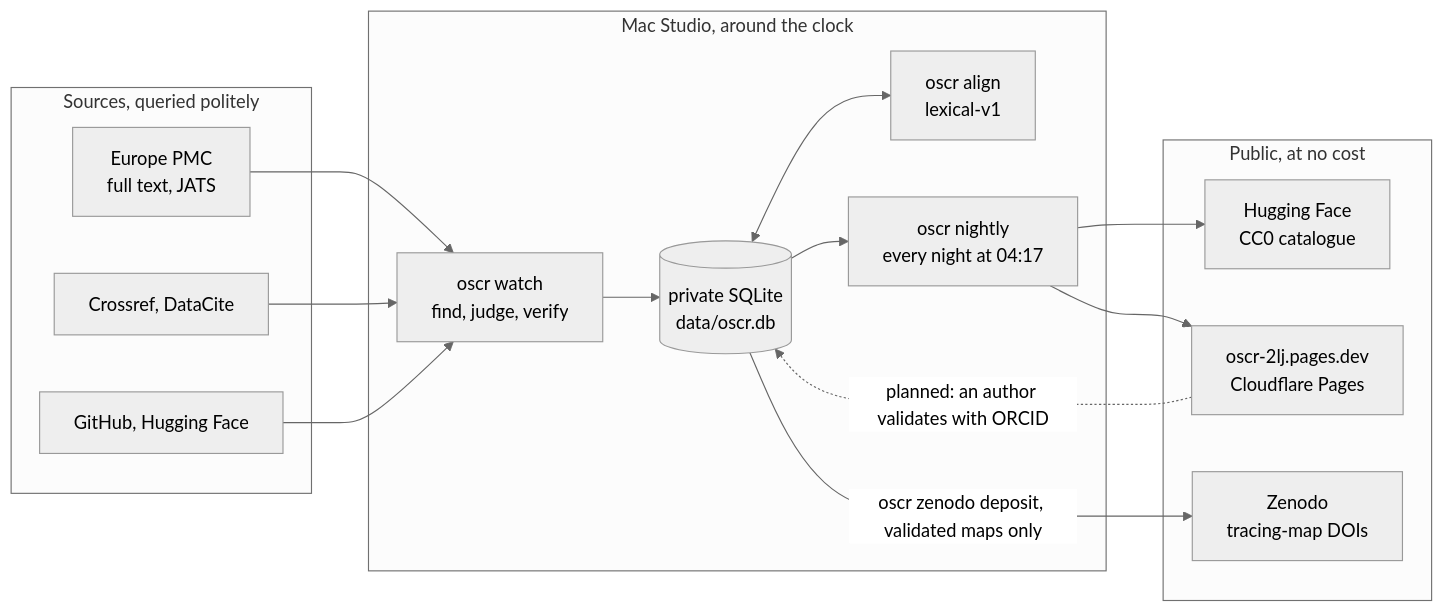
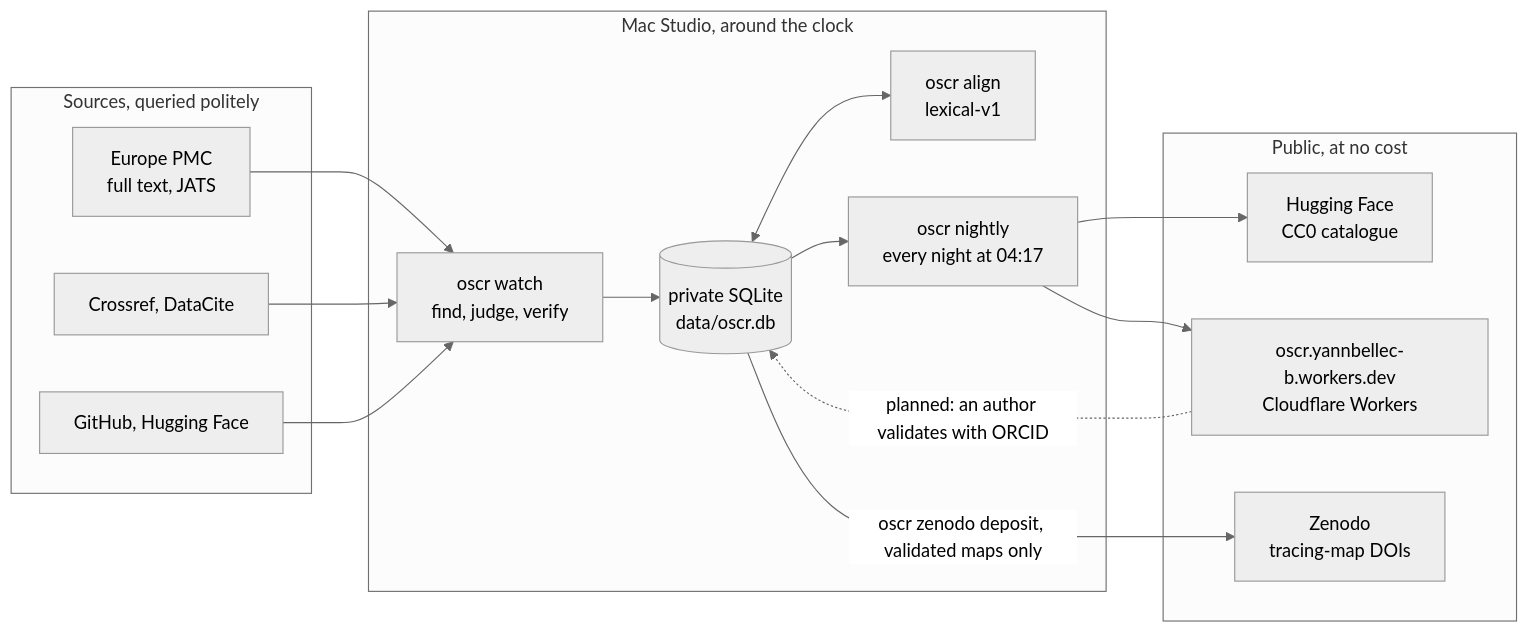
Before and after one commit to NeuraCrypt/OSCR: the first of 2 diagrams in README.md, drawn with Mermaid (neutral theme). The commit also changed other lines of this file and 29 other files, not shown here.

````diff
--- a/README.md
+++ b/README.md
@@ -126,29 +126,29 @@
 ```mermaid
 flowchart LR
   subgraph sources [Sources, queried politely]
     epmc["Europe PMC<br/>full text, JATS"]
     meta["Crossref, DataCite"]
     forges["GitHub, Hugging Face"]
   end
   subgraph mac [Mac Studio, around the clock]
     watch["oscr watch<br/>find, judge, verify"]
     db[("private SQLite<br/>data/oscr.db")]
     align["oscr align<br/>lexical-v1"]
     nightly["oscr nightly<br/>every night at 04:17"]
   end
   subgraph public [Public, at no cost]
     hf["Hugging Face<br/>CC0 catalogue"]
-    web["oscr-2lj.pages.dev<br/>Cloudflare Pages"]
+    web["oscr.yannbellec-b.workers.dev<br/>Cloudflare Workers"]
     zen["Zenodo<br/>tracing-map DOIs"]
   end
   epmc --> watch
   meta --> watch
   forges --> watch
   watch --> db
   db <--> align
   db --> nightly
   nightly --> hf
   nightly --> web
   web -. "planned: an author validates with ORCID" .-> db
   db -- "oscr zenodo deposit, validated maps only" --> zen
 ```
````
